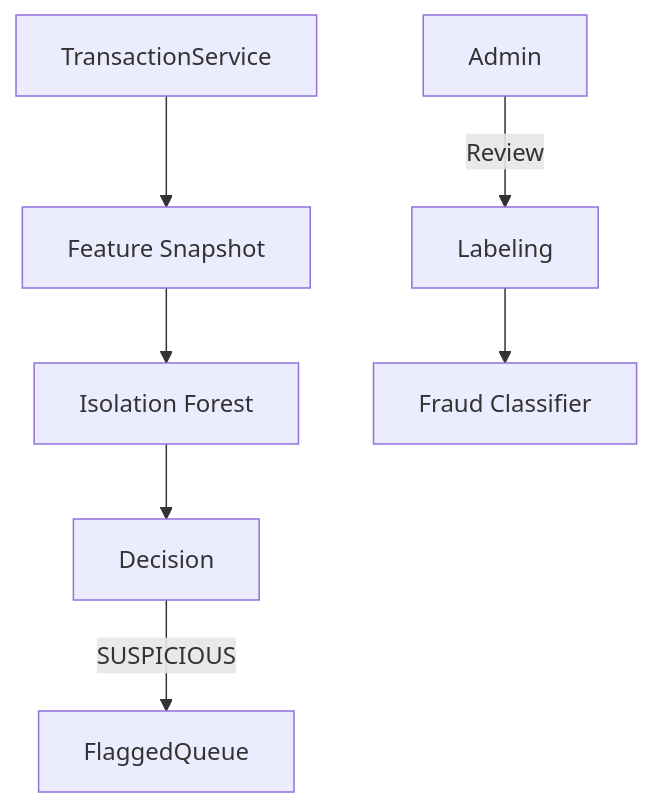
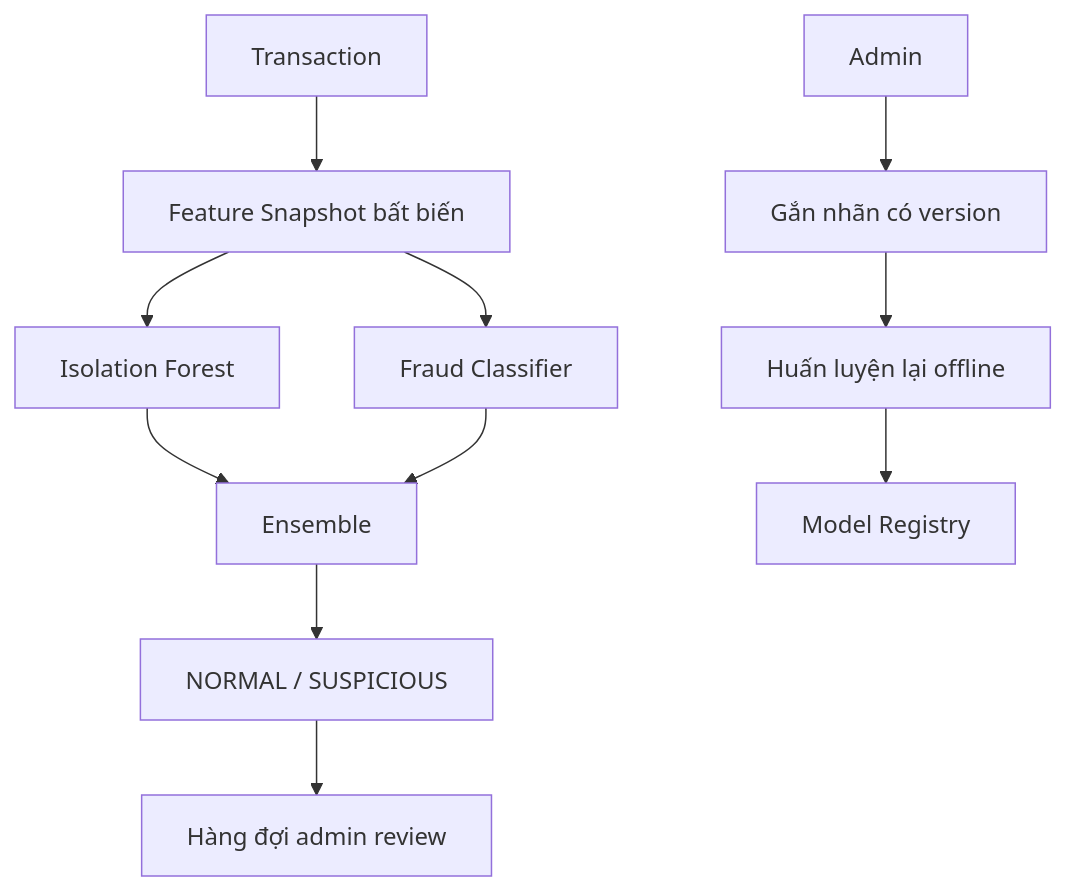
The diagram in 09-fraud-ai/diagram.mmd (diemly26/volunteerPj_docs), drawn with Mermaid before and after one commit. The commit also changed 26 other files, not shown here.

```diff
--- a/09-fraud-ai/diagram.mmd
+++ b/09-fraud-ai/diagram.mmd
@@ -1,7 +1,11 @@
 flowchart TB
-  TransactionService --> Features[Feature Snapshot]
-  Features --> Isolation[Isolation Forest]
-  Isolation --> Decision
-  Decision -->|SUSPICIOUS| FlaggedQueue
-  Admin -->|Review| Labeling
-  Labeling --> FraudModel[Fraud Classifier]
+  Tx[Transaction] --> Feat[Feature Snapshot bất biến]
+  Feat --> IF[Isolation Forest]
+  Feat --> CLS[Fraud Classifier]
+  IF --> Ensemble[Ensemble]
+  CLS --> Ensemble
+  Ensemble --> Decision[NORMAL / SUSPICIOUS]
+  Decision --> Queue[Hàng đợi admin review]
+  Admin --> Label[Gắn nhãn có version]
+  Label --> Train[Huấn luyện lại offline]
+  Train --> Registry[Model Registry]
```
